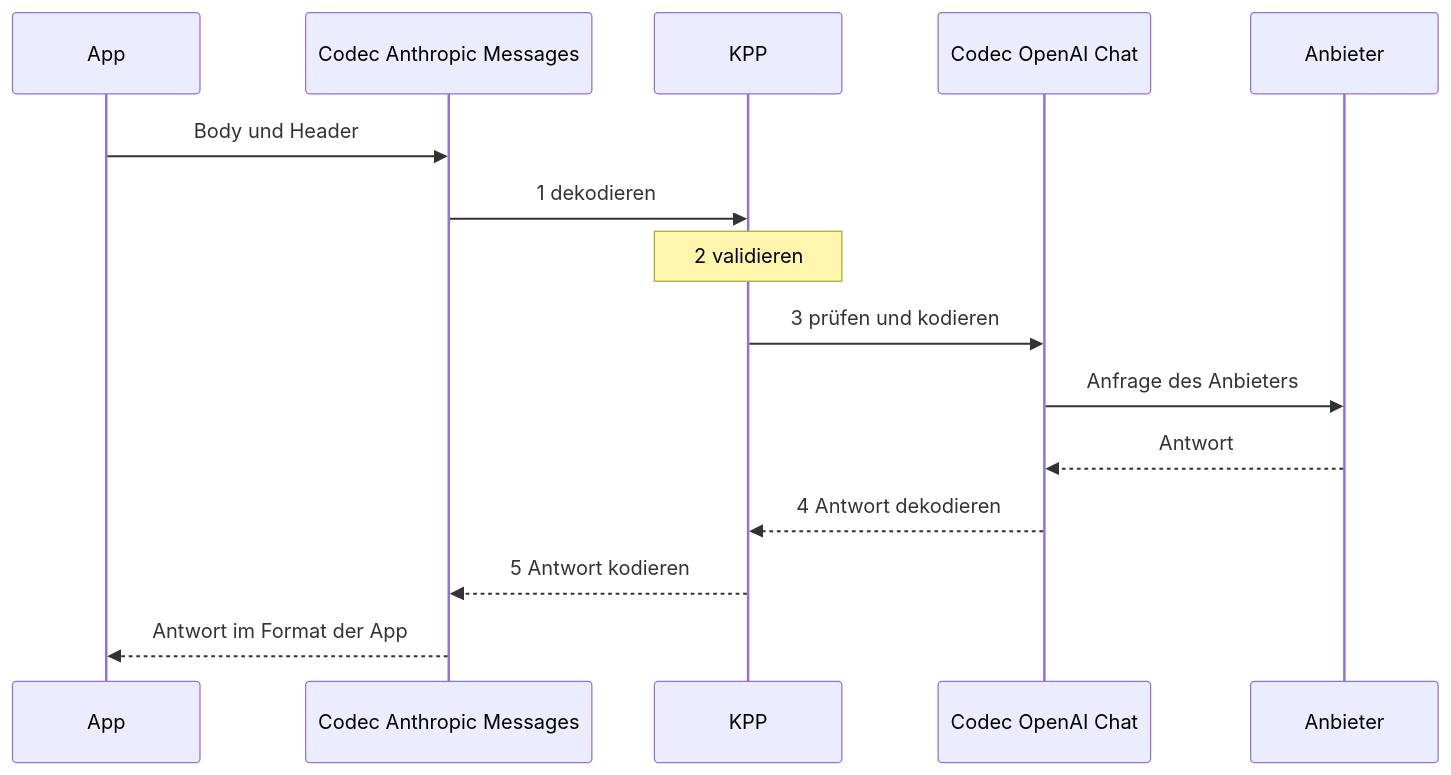
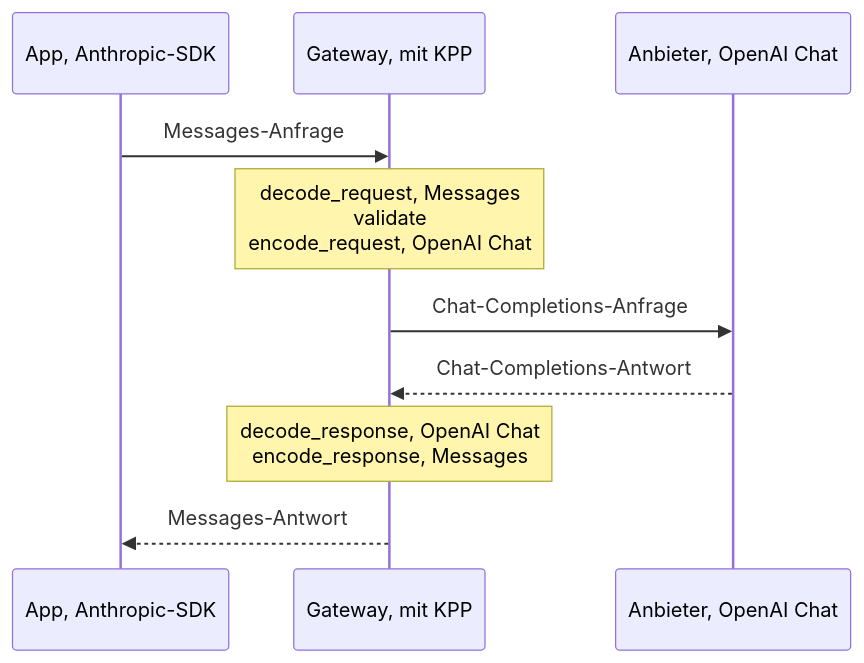
Before and after one commit to logicplanes/kaeso: the diagram in apps/docs/content/de/development/kpp/index.md, drawn with Mermaid. The commit also changed 89 other files, not shown here.

First line of the commit message:
Redraw the development pages' diagrams around what a contributor changes

````diff
--- a/apps/docs/content/de/development/kpp/index.md
+++ b/apps/docs/content/de/development/kpp/index.md
@@ -36,19 +36,14 @@
 ```mermaid
 sequenceDiagram
   accTitle: Der Weg einer Anfrage durch KPP
-  accDescr: Der Codec für Anthropic Messages dekodiert die Anfrage der App nach KPP, wo sie validiert wird. Der Codec für OpenAI Chat Completions prüft und kodiert sie, und das Gateway sendet sie an den Anbieter. Derselbe Codec dekodiert die Antwort des Anbieters nach KPP, und der Codec der App kodiert sie im Format der App.
-  participant App
-  participant In as Codec Anthropic Messages
-  participant KPP
-  participant Out as Codec OpenAI Chat
-  participant Provider as Anbieter
-  App->>In: Body und Header
-  In->>KPP: 1 dekodieren
-  Note over KPP: 2 validieren
-  KPP->>Out: 3 prüfen und kodieren
-  Out->>Provider: Anfrage des Anbieters
-  Provider-->>Out: Antwort
-  Out-->>KPP: 4 Antwort dekodieren
-  KPP-->>In: 5 Antwort kodieren
-  In-->>App: Antwort im Format der App
+  accDescr: Eine App mit dem Anthropic-SDK sendet eine Messages-Anfrage. Im Gateway dekodiert KPP sie mit dem Messages-Codec, validiert sie und kodiert sie mit dem OpenAI-Chat-Codec, und das Gateway sendet sie an den Anbieter. KPP dekodiert die Antwort des Anbieters mit dem OpenAI-Chat-Codec und kodiert sie mit dem Messages-Codec für die App.
+  participant App as App, Anthropic-SDK
+  participant Gateway as Gateway, mit KPP
+  participant Provider as Anbieter, OpenAI Chat
+  App->>Gateway: Messages-Anfrage
+  Note over Gateway: decode_request, Messages<br>validate<br>encode_request, OpenAI Chat
+  Gateway->>Provider: Chat-Completions-Anfrage
+  Provider-->>Gateway: Chat-Completions-Antwort
+  Note over Gateway: decode_response, OpenAI Chat<br>encode_response, Messages
+  Gateway-->>App: Messages-Antwort
 ```
````
